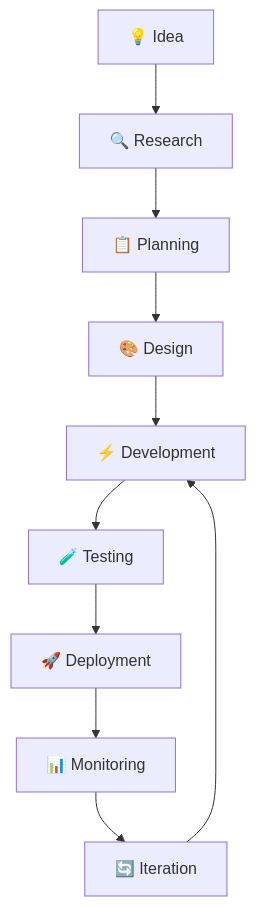
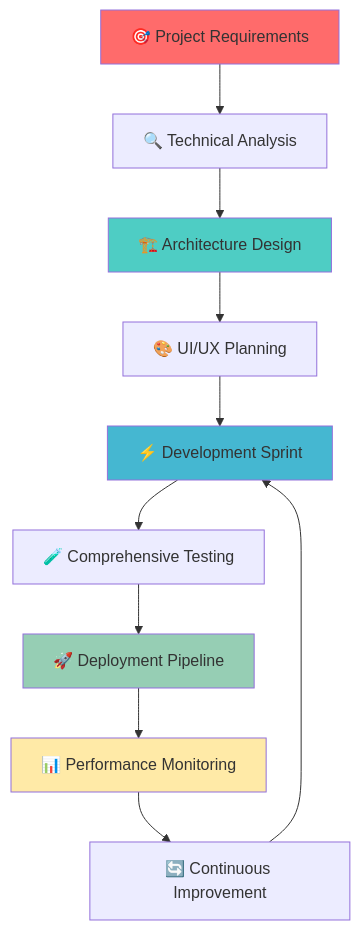
Before and after one commit to ProgrammingWithMuzamil/ProgrammingWithMuzamil: the diagram in README.md, drawn with Mermaid. The commit also changed other lines of this file, not shown here.

````diff
--- a/README.md
+++ b/README.md
@@ -239,12 +377,18 @@
 ```mermaid
-graph TD
-    A[💡 Idea] --> B[🔍 Research]
-    B --> C[📋 Planning]
-    C --> D[🎨 Design]
-    D --> E[⚡ Development]
-    E --> F[🧪 Testing]
-    F --> G[🚀 Deployment]
-    G --> H[📊 Monitoring]
-    H --> I[🔄 Iteration]
+graph TB
+    A[🎯 Project Requirements] --> B[🔍 Technical Analysis]
+    B --> C[🏗️ Architecture Design]
+    C --> D[🎨 UI/UX Planning]
+    D --> E[⚡ Development Sprint]
+    E --> F[🧪 Comprehensive Testing]
+    F --> G[🚀 Deployment Pipeline]
+    G --> H[📊 Performance Monitoring]
+    H --> I[🔄 Continuous Improvement]
     I --> E
+    
+    style A fill:#ff6b6b
+    style C fill:#4ecdc4
+    style E fill:#45b7d1
+    style G fill:#96ceb4
+    style H fill:#ffeaa7
 ```
````
